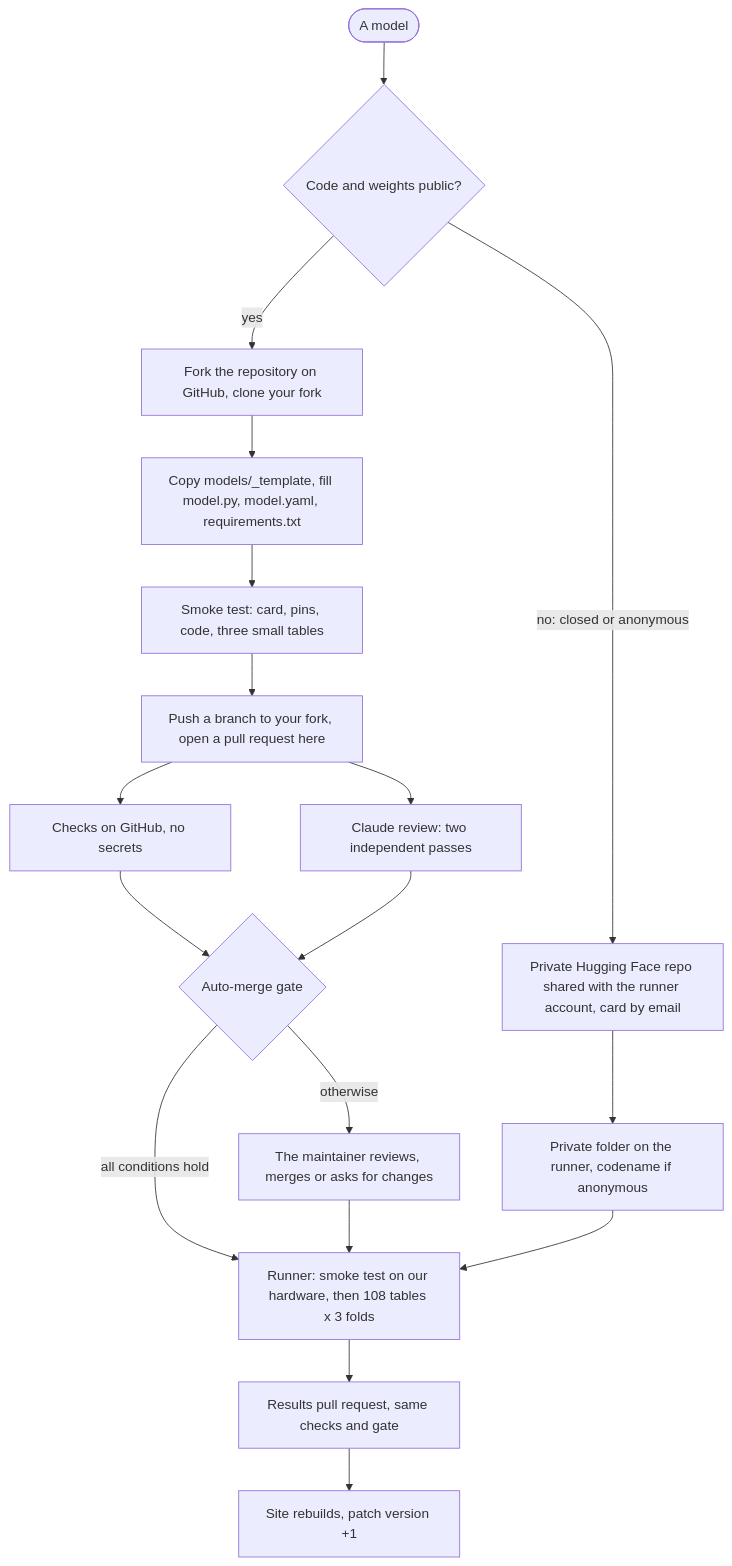
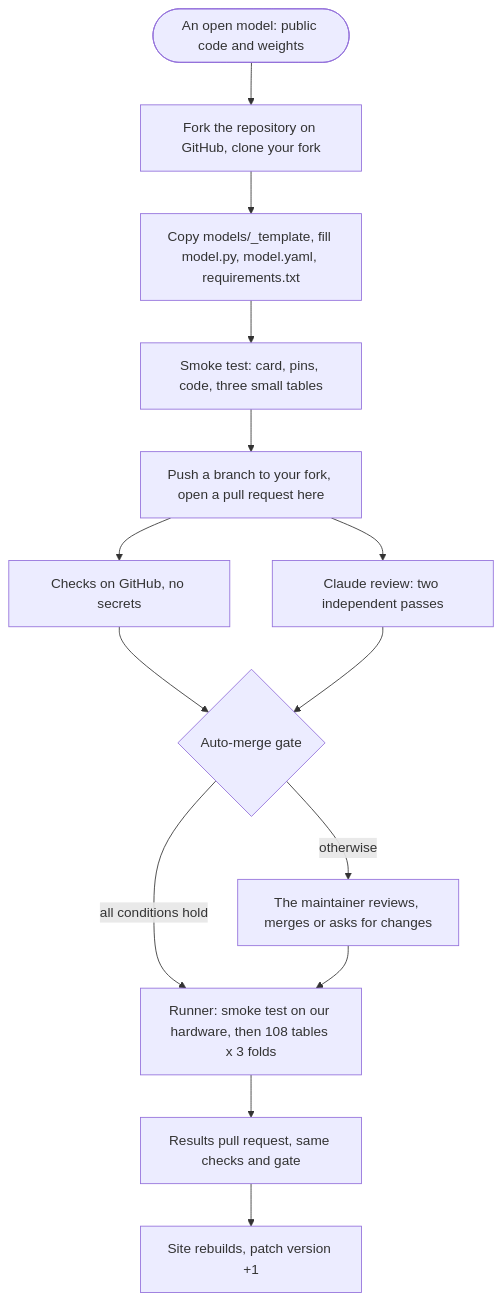
The diagram in docs/submitting.md (gblayer/strable-leaderboard), drawn with Mermaid before and after one commit. The commit also changed other lines of this file and 14 other files, not shown here.

First line of the commit message:
Open models only: no private/ model folders, no access or anonymous card fields

````diff
--- a/docs/submitting.md
+++ b/docs/submitting.md
@@ -19,20 +19,16 @@
 ```mermaid
 flowchart TD
-  A([A model]) --> B{Code and weights public?}
-  B -- yes --> K[Fork the repository on GitHub, clone your fork]
+  A([An open model: public code and weights]) --> K[Fork the repository on GitHub, clone your fork]
   K --> C[Copy models/_template, fill model.py, model.yaml, requirements.txt]
   C --> D[Smoke test: card, pins, code, three small tables]
   D --> E[Push a branch to your fork, open a pull request here]
   E --> F[Checks on GitHub, no secrets]
   E --> G[Claude review: two independent passes]
   F --> I{Auto-merge gate}
   G --> I
   I -- all conditions hold --> R
   I -- otherwise --> J[The maintainer reviews, merges or asks for changes]
   J --> R
-  B -- "no: closed or anonymous" --> P[Private Hugging Face repo shared with the runner account, card by email]
-  P --> Q[Private folder on the runner, codename if anonymous]
-  Q --> R
   R[Runner: smoke test on our hardware, then 108 tables x 3 folds] --> S[Results pull request, same checks and gate]
   S --> T[Site rebuilds, patch version +1]
 ```
````
